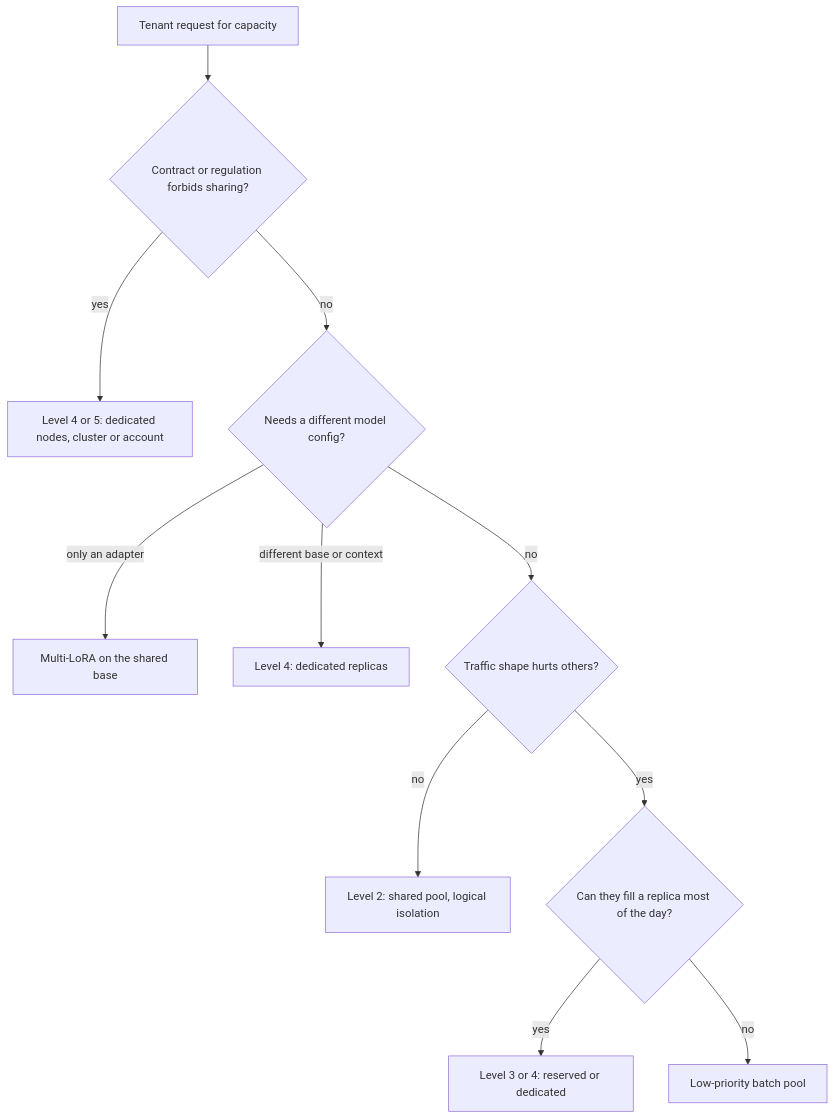
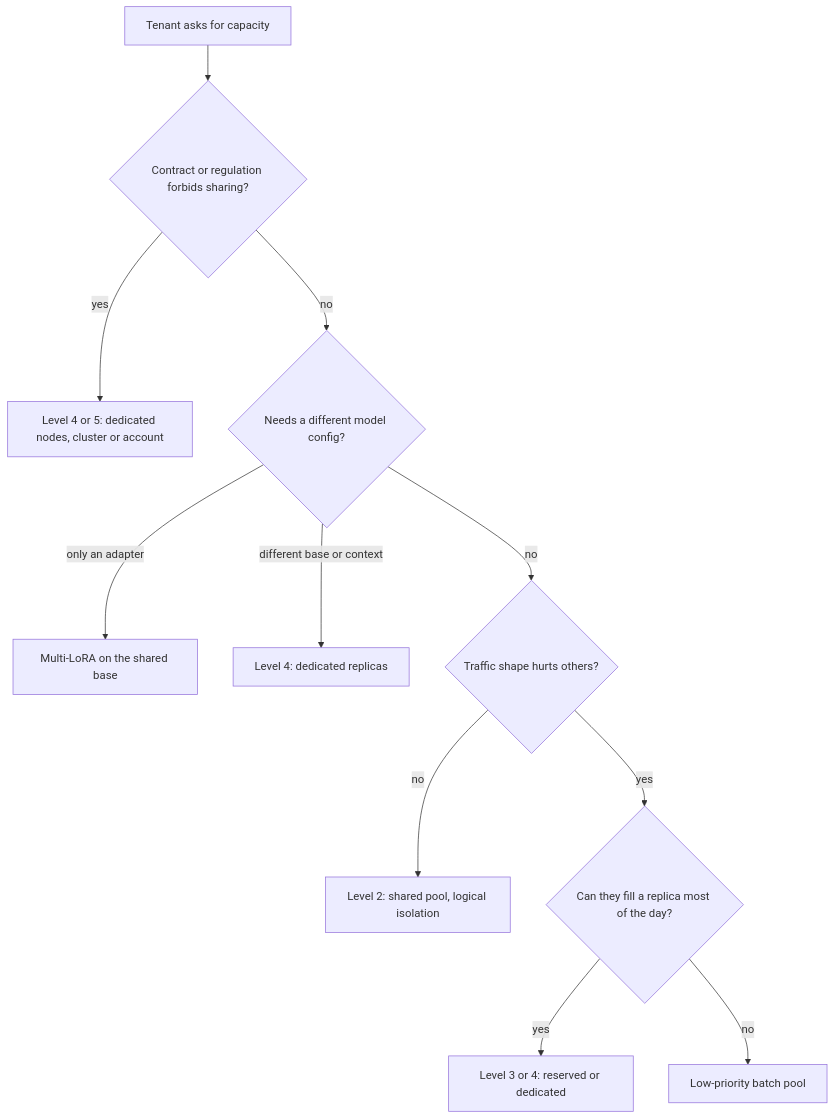
One commit to lovishmahajan97/agentic-learning changed the diagram in content/infra-capacity-economics/shared-vs-isolated-model-serving-infrastructure.md. Above: the diagram before and after it, drawn with Mermaid. The commit also changed other lines of this file and 266 other files, not shown here.

````diff
--- a/content/infra-capacity-economics/shared-vs-isolated-model-serving-infrastructure.md
+++ b/content/infra-capacity-economics/shared-vs-isolated-model-serving-infrastructure.md
@@ -141,13 +159,13 @@
 ```mermaid
 flowchart TD
-    T["Tenant request for capacity"] --> R{"Contract or regulation forbids sharing?"}
+    T["Tenant asks for capacity"] --> R{"Contract or regulation forbids sharing?"}
     R -->|"yes"| D5["Level 4 or 5: dedicated nodes, cluster or account"]
     R -->|"no"| C{"Needs a different model config?"}
     C -->|"only an adapter"| ML["Multi-LoRA on the shared base"]
     C -->|"different base or context"| D4["Level 4: dedicated replicas"]
     C -->|"no"| S{"Traffic shape hurts others?"}
     S -->|"no"| L2["Level 2: shared pool, logical isolation"]
     S -->|"yes"| F{"Can they fill a replica most of the day?"}
     F -->|"yes"| L3["Level 3 or 4: reserved or dedicated"]
     F -->|"no"| LP["Low-priority batch pool"]
 ```
````
